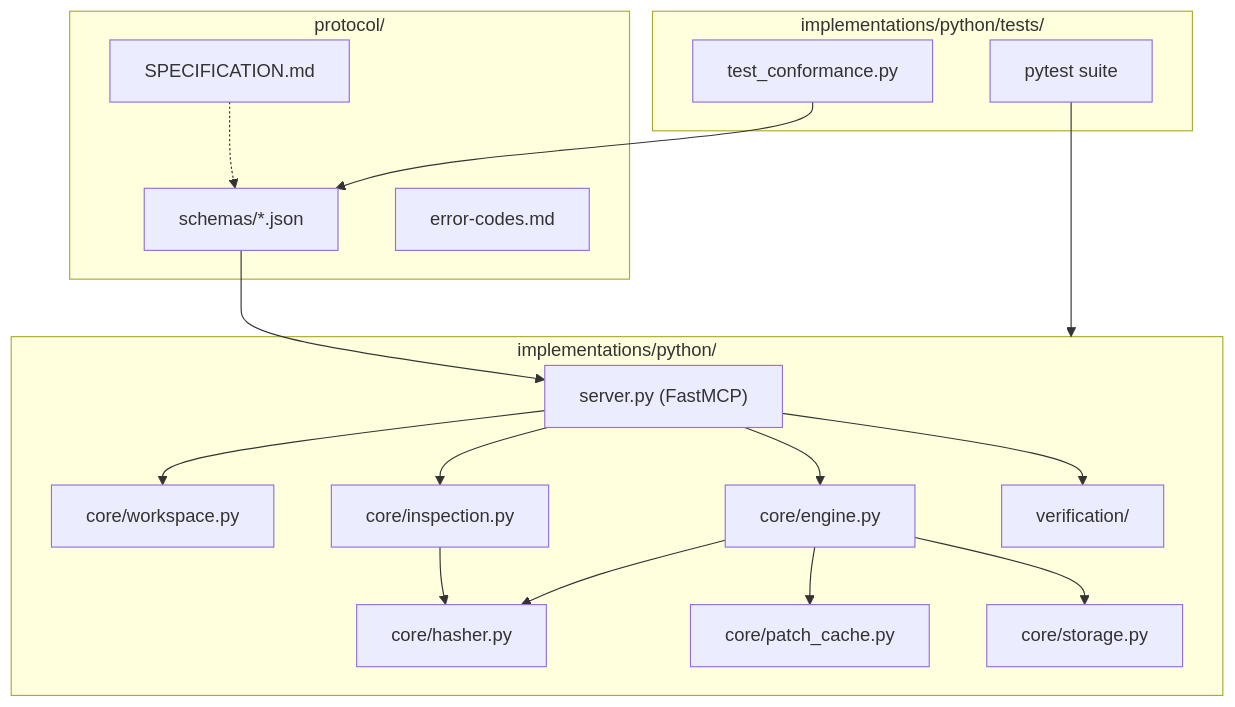
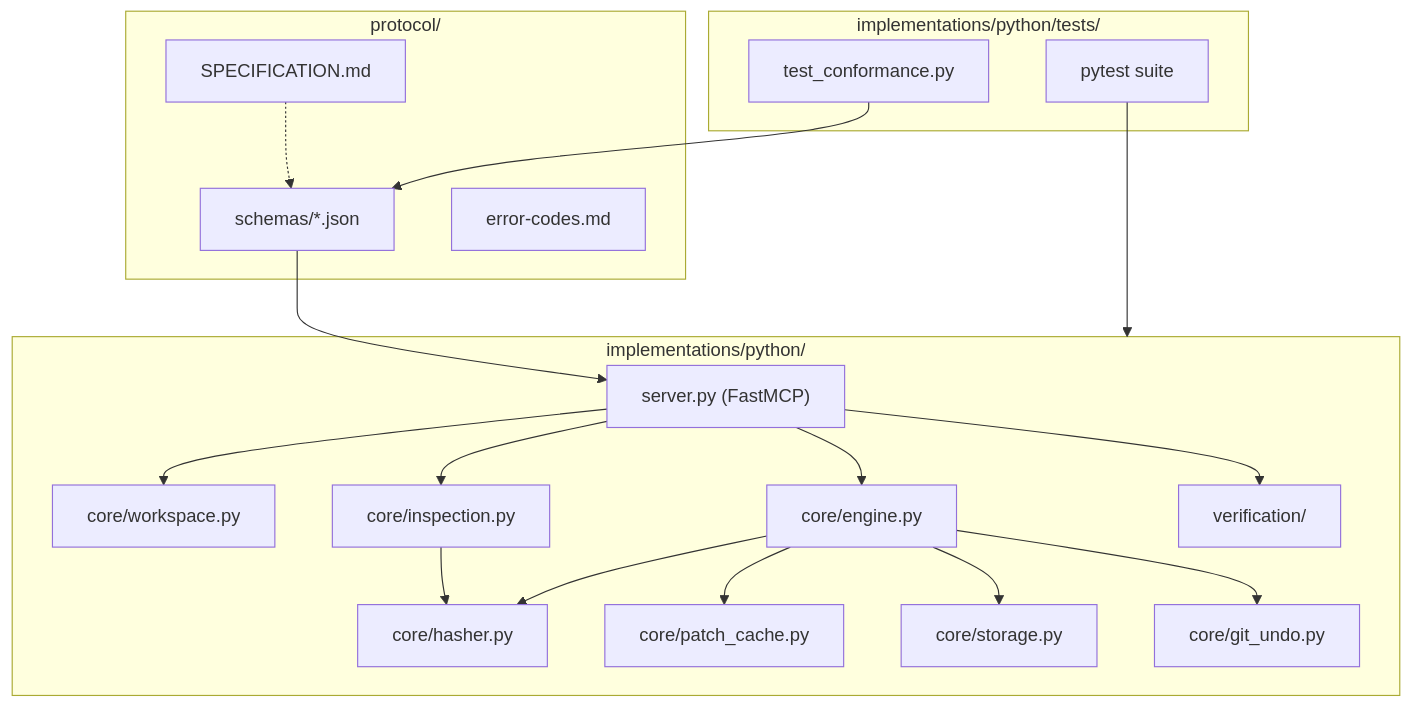
The diagram in AGENTS.md (korakotlee/CEMP), drawn with Mermaid before and after one commit. The commit also changed other lines of this file and 10 other files, not shown here.

Commit message:
docs: update documentation, OpenSpec specifications, and tickets for git undo

````diff
--- a/AGENTS.md
+++ b/AGENTS.md
@@ -30,37 +30,39 @@
 ```mermaid
 flowchart TD
     subgraph Protocol ["protocol/"]
         Spec["SPECIFICATION.md"]
         Schemas["schemas/*.json"]
         Errors["error-codes.md"]
     end
 
     subgraph Implementation ["implementations/python/"]
         Server["server.py (FastMCP)"]
         CoreWorkspace["core/workspace.py"]
         CoreHasher["core/hasher.py"]
         CoreEngine["core/engine.py"]
         CoreInspection["core/inspection.py"]
         CorePatchCache["core/patch_cache.py"]
         CoreStorage["core/storage.py"]
+        CoreGitUndo["core/git_undo.py"]
         Verification["verification/"]
     end
 
     subgraph Tests ["implementations/python/tests/"]
         PyTests["pytest suite"]
         Conformance["test_conformance.py"]
     end
 
     Spec -.-> Schemas
     Schemas --> Server
     Server --> CoreWorkspace
     Server --> CoreInspection
     Server --> CoreEngine
     CoreInspection --> CoreHasher
     CoreEngine --> CorePatchCache
     CoreEngine --> CoreStorage
     CoreEngine --> CoreHasher
+    CoreEngine --> CoreGitUndo
     Server --> Verification
     PyTests --> Implementation
     Conformance --> Schemas
 ```
````
